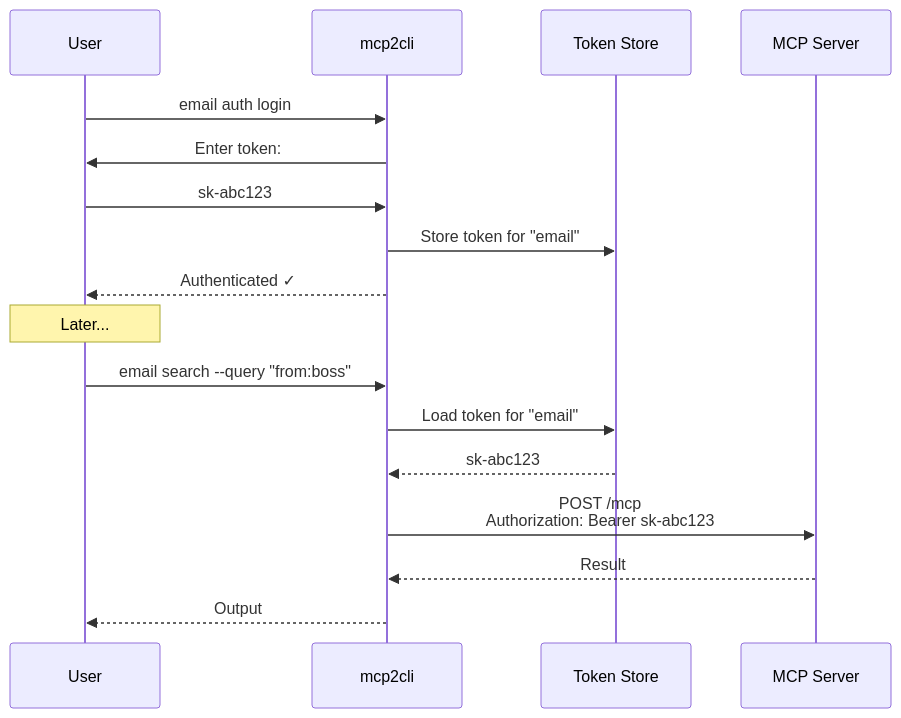
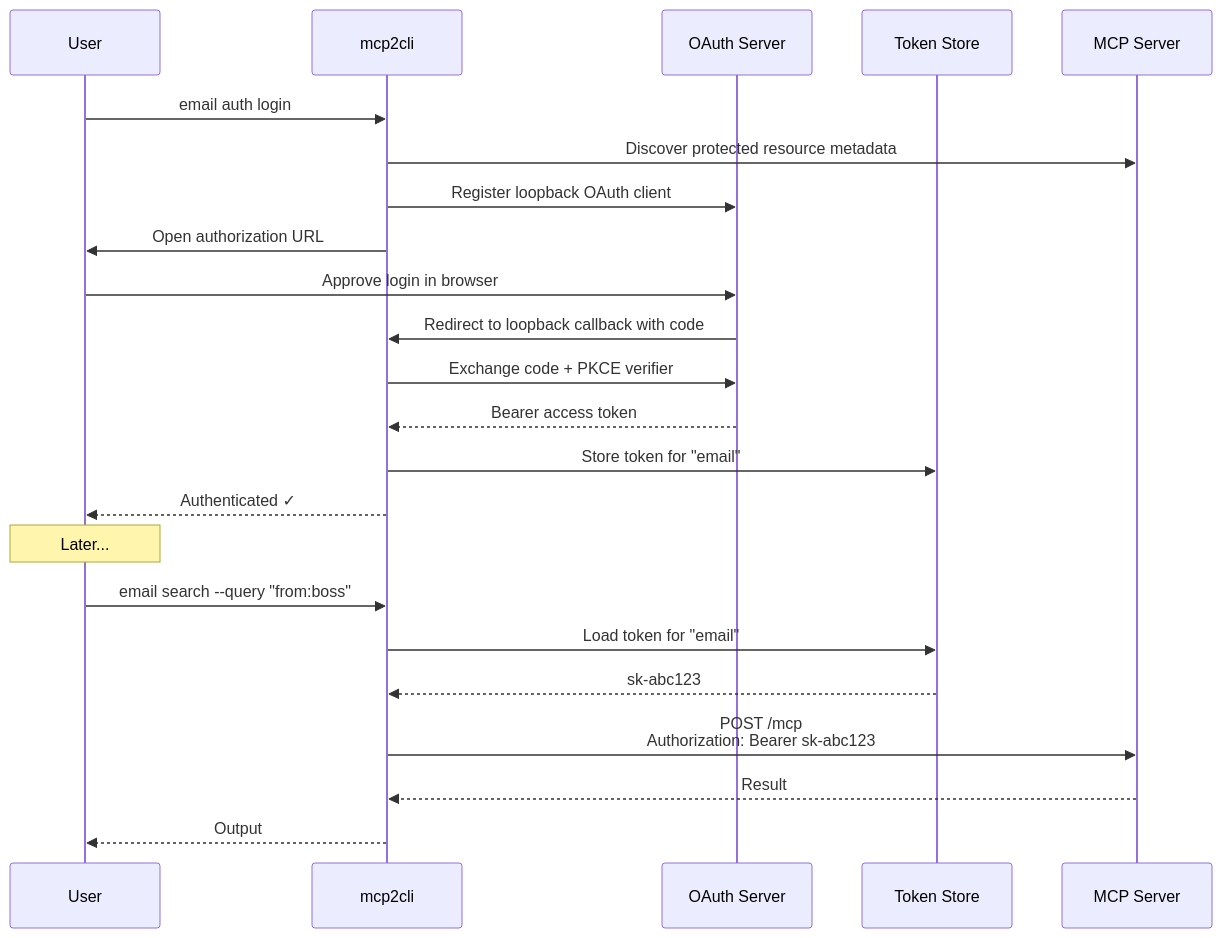
Before and after one commit to mcp2cli/source-code: the diagram in docs/features/authentication.md, drawn with Mermaid. The commit also changed other lines of this file and 9 other files, not shown here.

First line of the commit message:
Add OAuth PKCE login for HTTP MCP servers (#4)

````diff
--- a/docs/features/authentication.md
+++ b/docs/features/authentication.md
@@ -52,22 +55,28 @@
 ```mermaid
 sequenceDiagram
     participant User
     participant CLI as mcp2cli
+    participant Auth as OAuth Server
     participant Store as Token Store
     participant Server as MCP Server
 
     User->>CLI: email auth login
-    CLI->>User: Enter token:
-    User->>CLI: sk-abc123
+    CLI->>Server: Discover protected resource metadata
+    CLI->>Auth: Register loopback OAuth client
+    CLI->>User: Open authorization URL
+    User->>Auth: Approve login in browser
+    Auth->>CLI: Redirect to loopback callback with code
+    CLI->>Auth: Exchange code + PKCE verifier
+    Auth-->>CLI: Bearer access token
     CLI->>Store: Store token for "email"
     CLI-->>User: Authenticated ✓
 
     Note over User: Later...
 
     User->>CLI: email search --query "from:boss"
     CLI->>Store: Load token for "email"
     Store-->>CLI: sk-abc123
     CLI->>Server: POST /mcp<br/>Authorization: Bearer sk-abc123
     Server-->>CLI: Result
     CLI-->>User: Output
 ```
````
